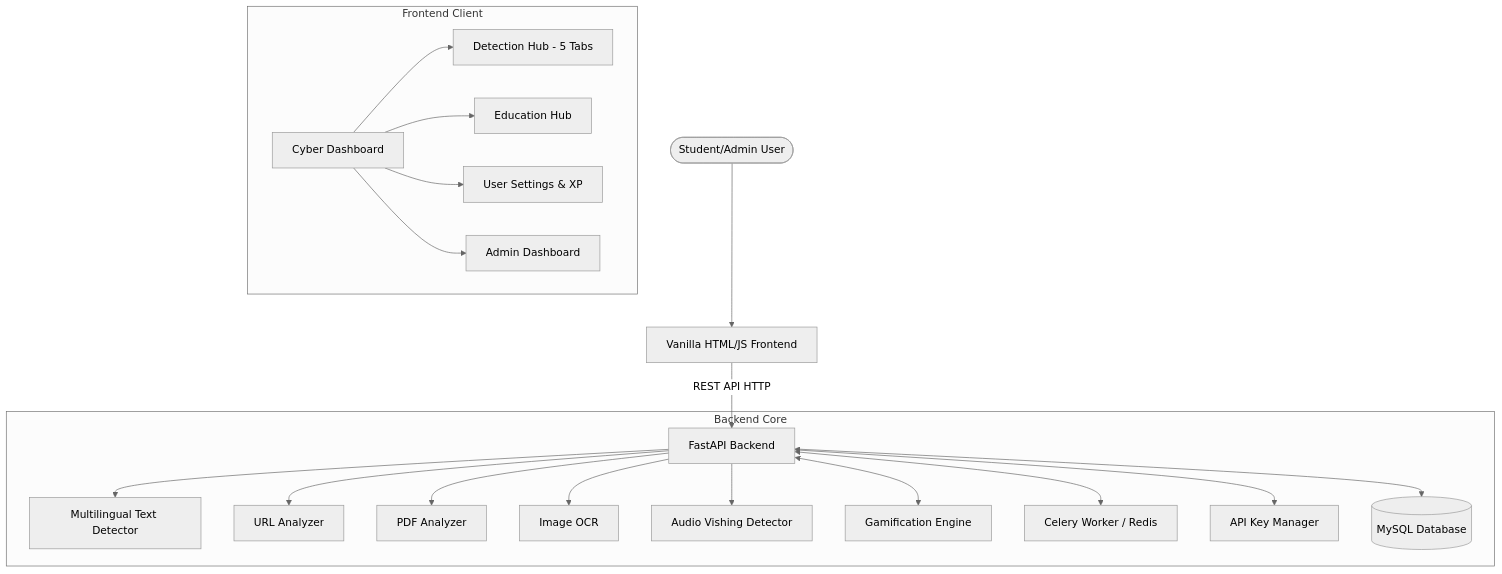
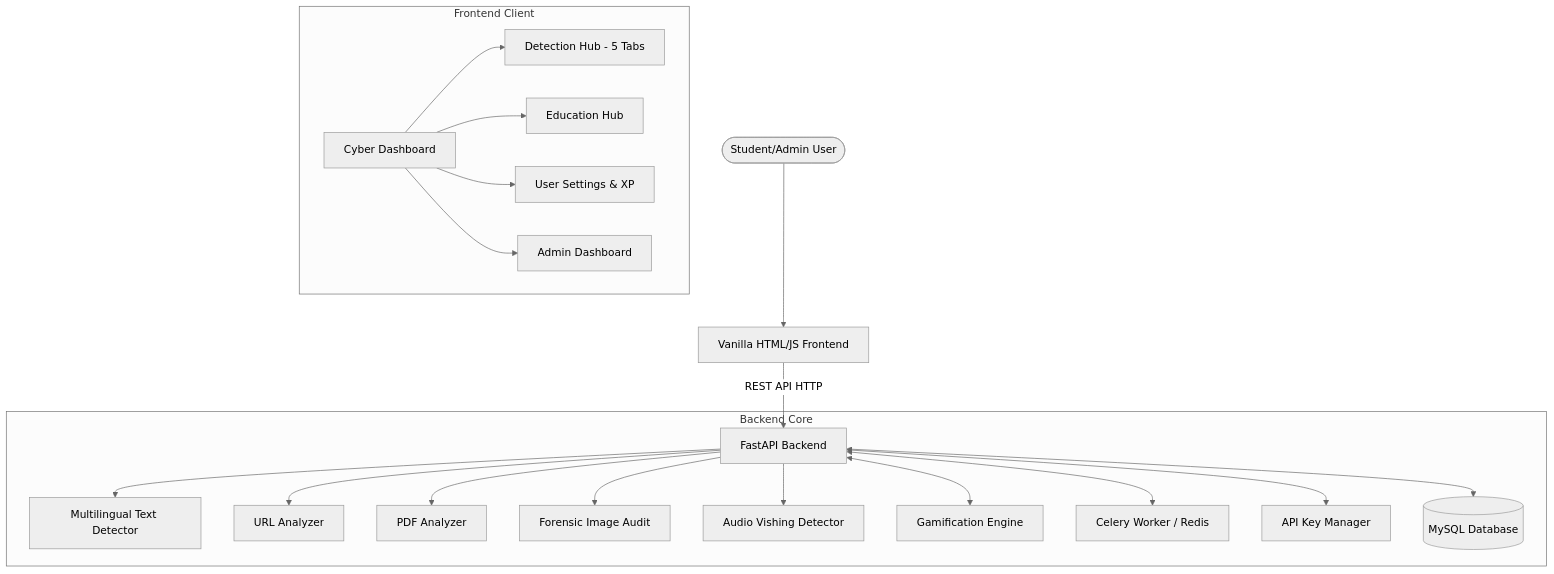
The diagram in docs/architecture.md (FerretyCobra/CyberShield-EDU), drawn with Mermaid (neutral theme) before and after one commit. The commit also changed other lines of this file and 132 other files, not shown here.

````diff
--- a/docs/architecture.md
+++ b/docs/architecture.md
@@ -7,25 +7,25 @@
 ```mermaid
 graph TD
     User([Student/Admin User]) --> Frontend[Vanilla HTML/JS Frontend]
     Frontend -->|REST API HTTP| Backend[FastAPI Backend]
 
     subgraph Backend Core
         Backend --> DetectText[Multilingual Text Detector]
         Backend --> DetectURL[URL Analyzer]
         Backend --> DetectPDF[PDF Analyzer]
-        Backend --> DetectImg[Image OCR]
+        Backend --> DetectImg[Forensic Image Audit]
         Backend --> DetectAudio[Audio Vishing Detector]
         
         Backend <--> GamifService[Gamification Engine]
         Backend <--> Worker[Celery Worker / Redis]
         Backend <--> KeyService[API Key Manager]
         Backend <--> DB[(MySQL Database)]
     end
     
     subgraph Frontend Client
         Dashboard[Cyber Dashboard] --> DetectionUI[Detection Hub - 5 Tabs]
         Dashboard --> AwarenessUI[Education Hub]
         Dashboard --> ProfileUI[User Settings & XP]
         Dashboard --> AdminUI[Admin Dashboard]
     end
 ```
````
